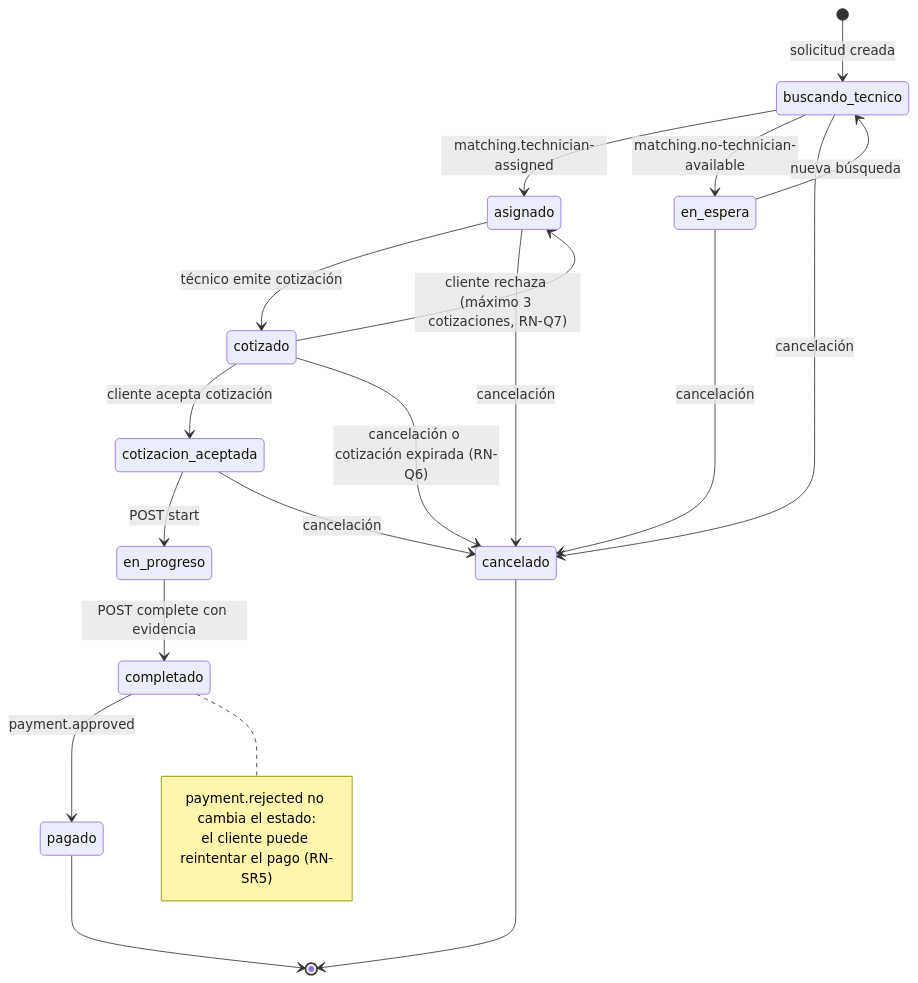
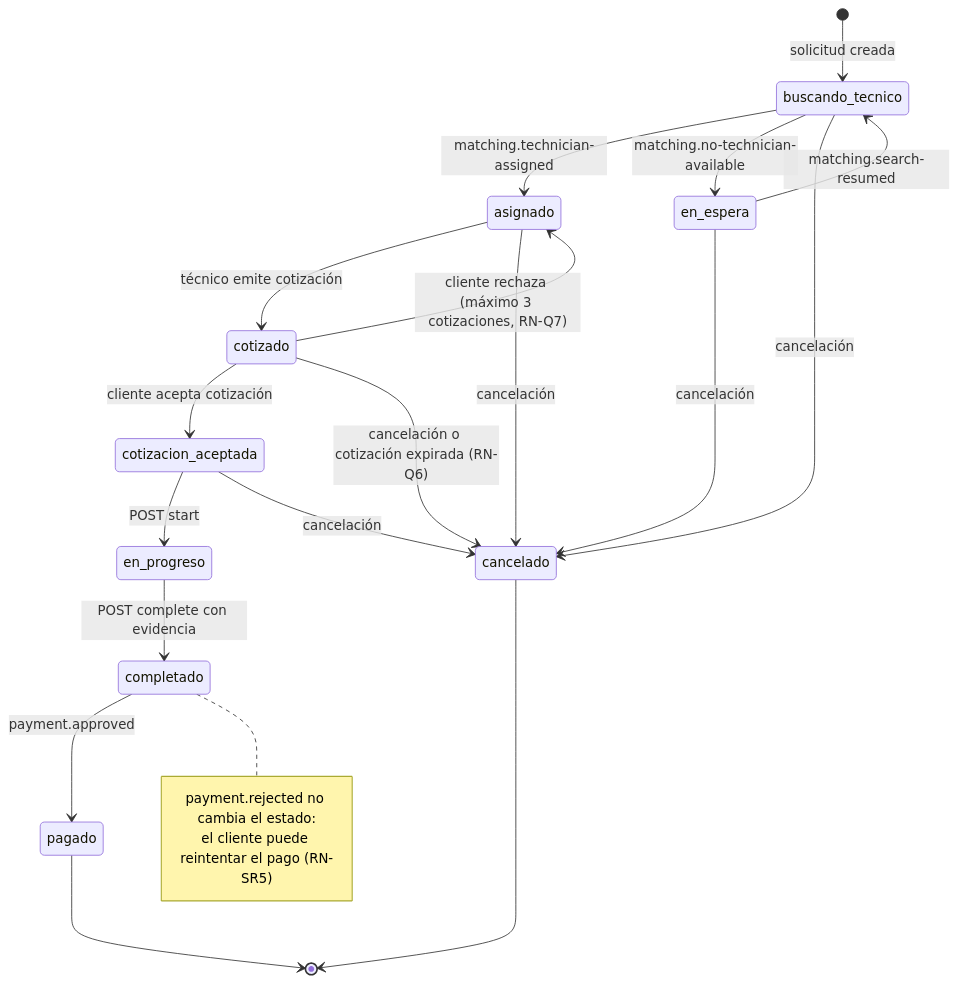
The third of 5 diagrams in docs/design/DD.md (ARQUI-202630/quickpatch), drawn with Mermaid before and after one commit. The commit also changed other lines of this file and 1 other file, not shown here.

````diff
--- a/docs/design/DD.md
+++ b/docs/design/DD.md
@@ -994,26 +1229,26 @@
 ```mermaid
 stateDiagram-v2
     [*] --> buscando_tecnico : solicitud creada
     buscando_tecnico --> asignado : matching.technician-assigned
     buscando_tecnico --> en_espera : matching.no-technician-available
-    en_espera --> buscando_tecnico : nueva búsqueda
+    en_espera --> buscando_tecnico : matching.search-resumed
     asignado --> cotizado : técnico emite cotización
     cotizado --> asignado : cliente rechaza (máximo 3 cotizaciones, RN-Q7)
     cotizado --> cotizacion_aceptada : cliente acepta cotización
     cotizacion_aceptada --> en_progreso : POST start
     en_progreso --> completado : POST complete con evidencia
     completado --> pagado : payment.approved
     pagado --> [*]
 
     buscando_tecnico --> cancelado : cancelación
     en_espera --> cancelado : cancelación
     asignado --> cancelado : cancelación
     cotizado --> cancelado : cancelación o cotización expirada (RN-Q6)
     cotizacion_aceptada --> cancelado : cancelación
     cancelado --> [*]
 
     note right of completado
         payment.rejected no cambia el estado:
         el cliente puede reintentar el pago (RN-SR5)
     end note
 ```
````
